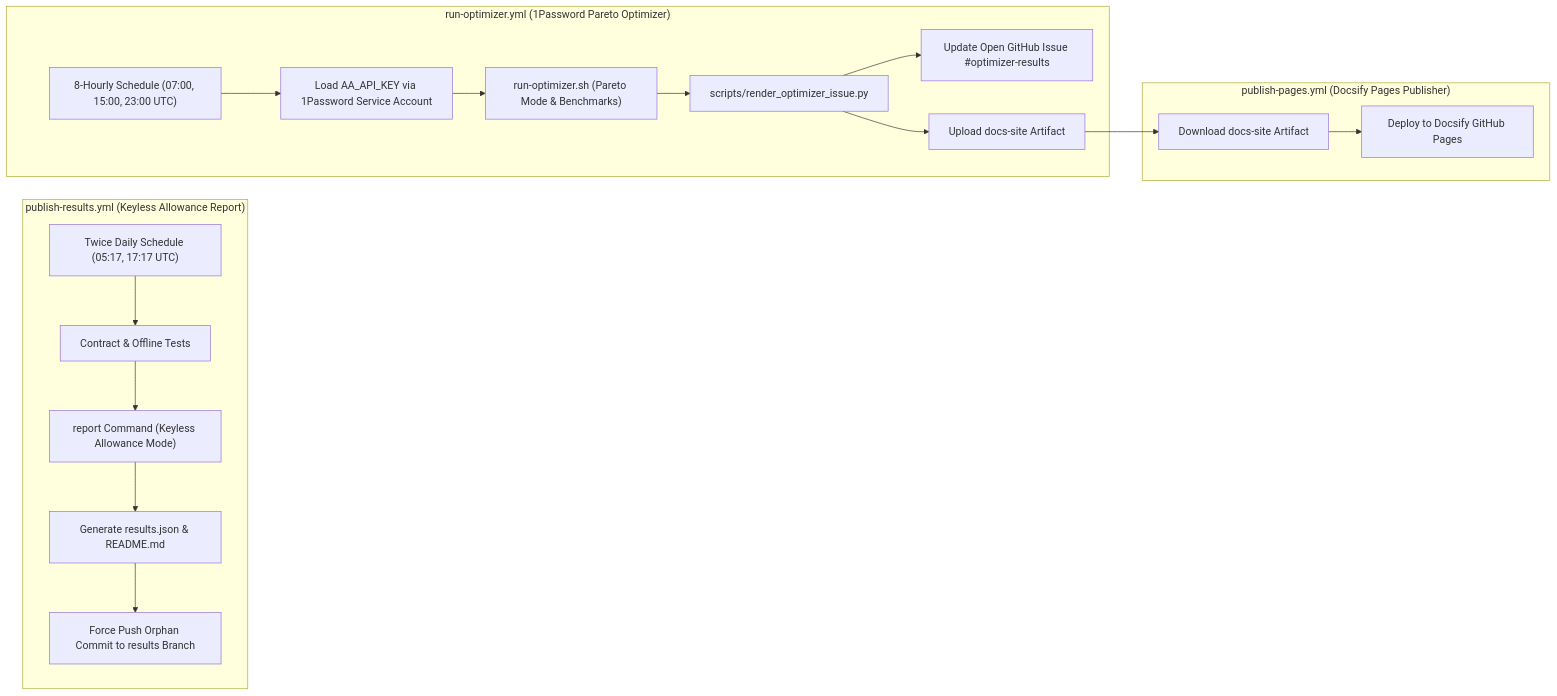
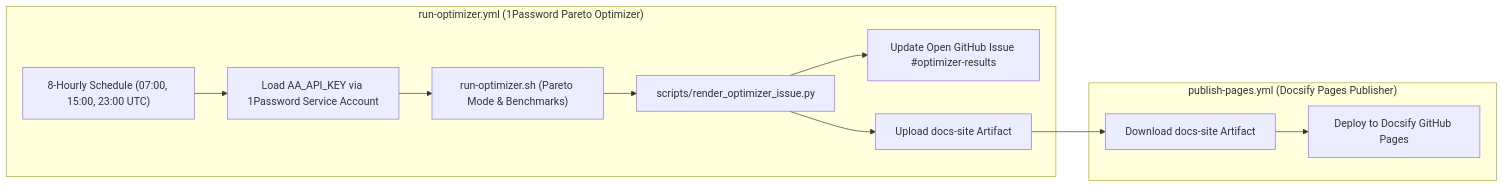
Before and after one commit to dbensmith/opencode-go-model-optimizer: the fifth of 5 diagrams in README.md, drawn with Mermaid. The commit also changed other lines of this file and 20 other files, not shown here.

First line of the commit message:
chore(report): retire results publishing

````diff
--- a/README.md
+++ b/README.md
@@ -366,22 +357,15 @@
 ```mermaid
 flowchart LR
-    subgraph W1["publish-results.yml (Keyless Allowance Report)"]
-        CRON1["Twice Daily Schedule (05:17, 17:17 UTC)"] --> TEST1["Contract & Offline Tests"]
-        TEST1 --> REP1["report Command (Keyless Allowance Mode)"]
-        REP1 --> ARTIFACT1["Generate results.json & README.md"]
-        ARTIFACT1 --> PUSH1["Force Push Orphan Commit to results Branch"]
-    end
-
     subgraph W2["run-optimizer.yml (1Password Pareto Optimizer)"]
         CRON2["8-Hourly Schedule (07:00, 15:00, 23:00 UTC)"] --> OP2["Load AA_API_KEY via 1Password Service Account"]
         OP2 --> OPT2["run-optimizer.sh (Pareto Mode & Benchmarks)"]
         OPT2 --> RENDER2["scripts/render_optimizer_issue.py"]
         RENDER2 --> ISSUE2["Update Open GitHub Issue #optimizer-results"]
         RENDER2 --> ARTIFACT2["Upload docs-site Artifact"]
     end
 
     subgraph W3["publish-pages.yml (Docsify Pages Publisher)"]
         DOWNLOAD3["Download docs-site Artifact"] --> DEPLOY3["Deploy to Docsify GitHub Pages"]
     end
     ARTIFACT2 --> DOWNLOAD3
 ```
````
